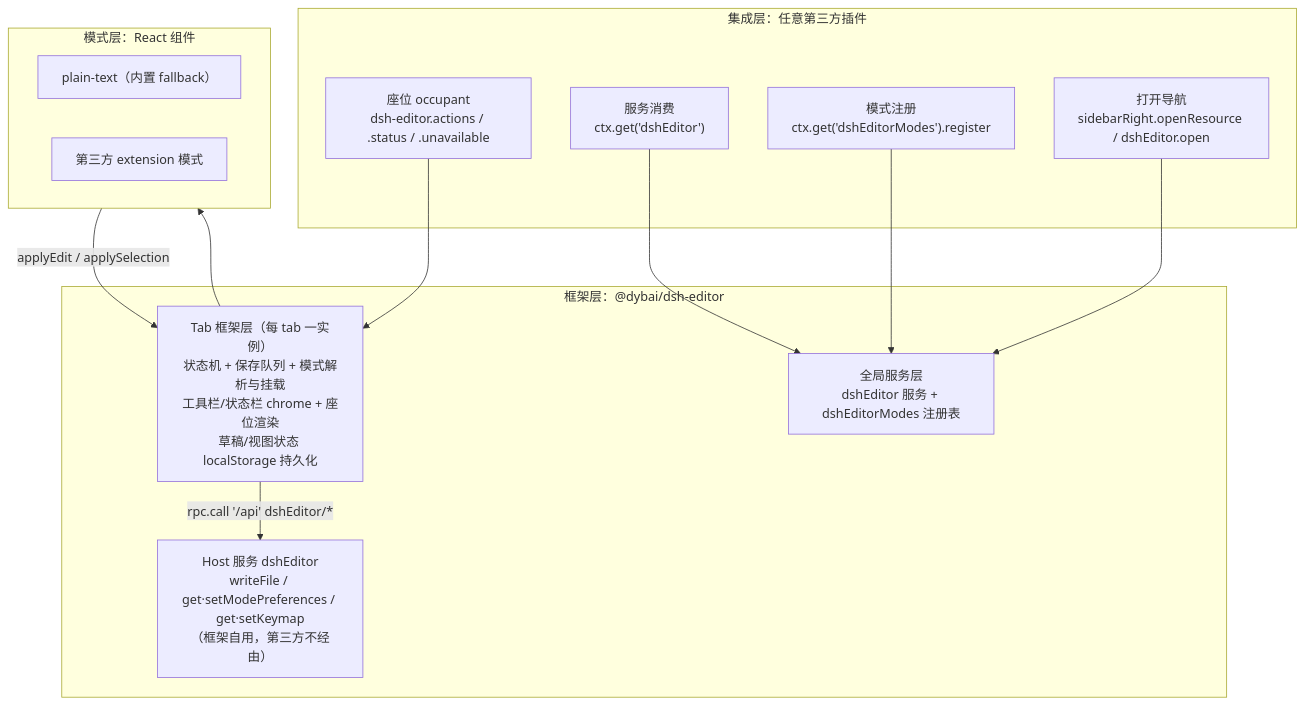
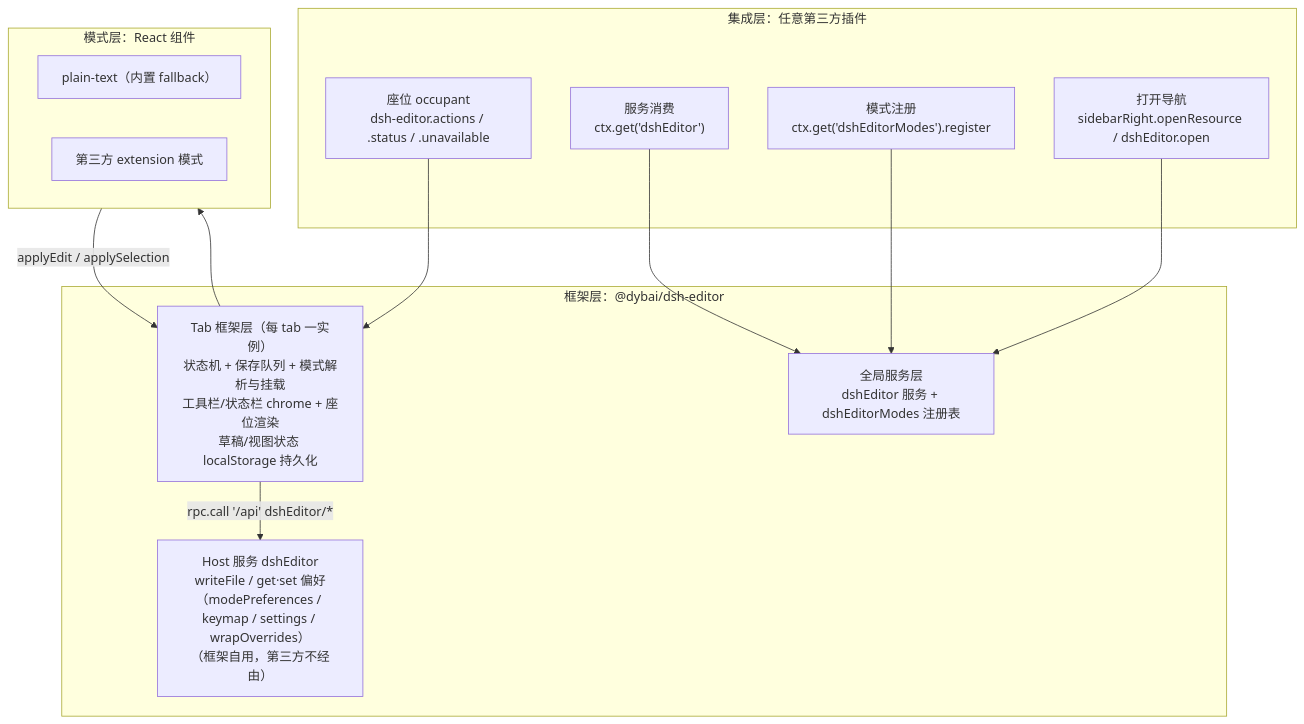
The first of 3 diagrams in docs/contracts.md (dybai/dsh-editor), drawn with Mermaid before and after one commit. The commit also changed other lines of this file and 7 other files, not shown here.

````diff
--- a/docs/contracts.md
+++ b/docs/contracts.md
@@ -29,25 +32,25 @@
 ```mermaid
 flowchart TD
     subgraph I["集成层：任意第三方插件"]
         I1["座位 occupant<br/>dsh-editor.actions / .status / .unavailable"]
         I2["服务消费<br/>ctx.get('dshEditor')"]
         I3["模式注册<br/>ctx.get('dshEditorModes').register"]
         I4["打开导航<br/>sidebarRight.openResource / dshEditor.open"]
     end
     subgraph F["框架层：@dybai/dsh-editor"]
         F1["Tab 框架层（每 tab 一实例）<br/>状态机 + 保存队列 + 模式解析与挂载<br/>工具栏/状态栏 chrome + 座位渲染<br/>草稿/视图状态 localStorage 持久化"]
         F2["全局服务层<br/>dshEditor 服务 + dshEditorModes 注册表"]
-        F3["Host 服务 dshEditor<br/>writeFile / get·setModePreferences / get·setKeymap<br/>（框架自用，第三方不经由）"]
+        F3["Host 服务 dshEditor<br/>writeFile / get·set 偏好（modePreferences / keymap / settings / wrapOverrides）<br/>（框架自用，第三方不经由）"]
     end
     subgraph M["模式层：React 组件"]
         M1["plain-text（内置 fallback）"]
         M2["第三方 extension 模式"]
     end
     I1 --> F1
     I2 --> F2
     I3 --> F2
     I4 --> F2
     F1 --> M
     M -->|applyEdit / applySelection| F1
     F1 -->|rpc.call '/api' dshEditor/*| F3
 ```
````
